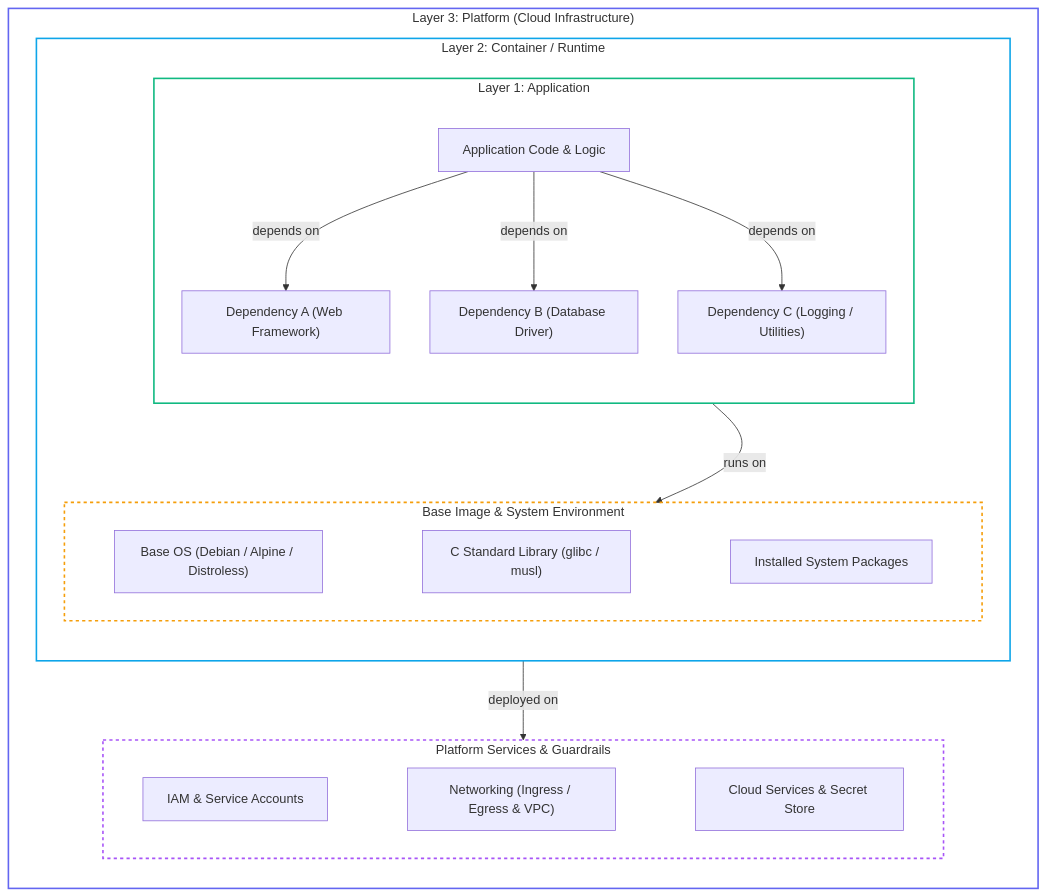
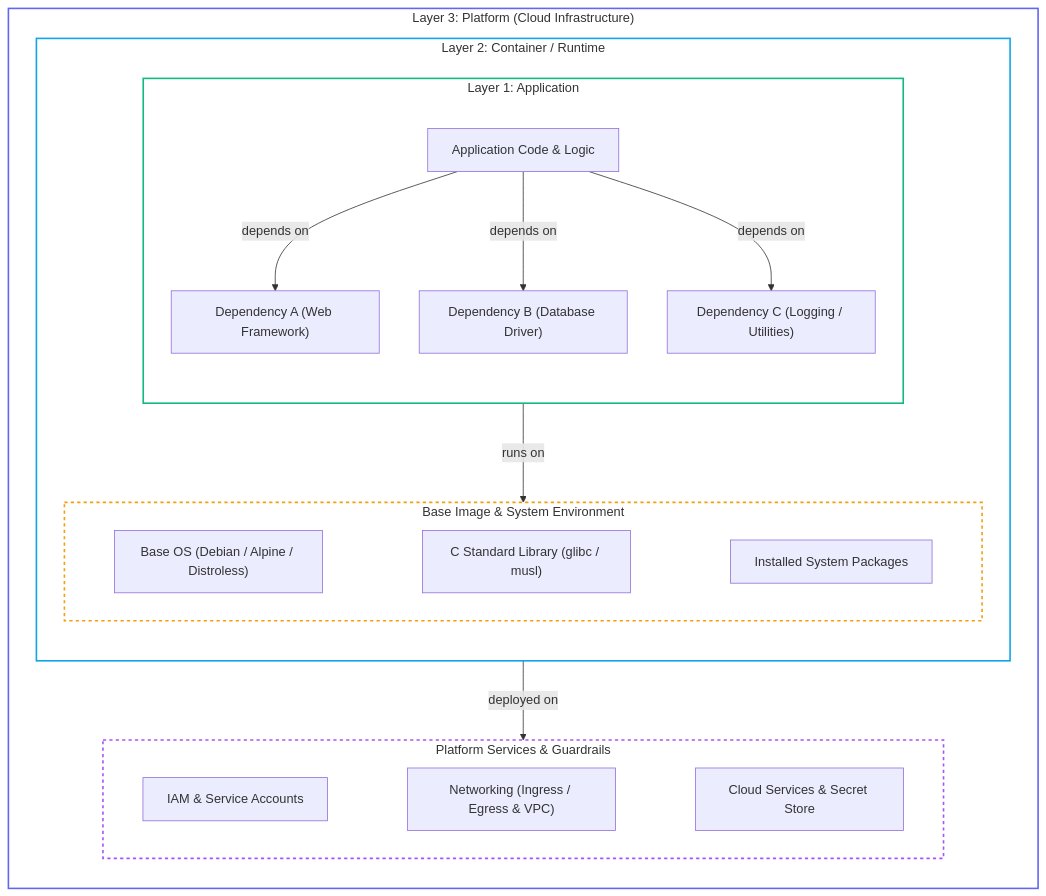
The diagram in README.md (fzl-22/devfest-cloud-sby-2026-container-security-on-cloud-run), drawn with Mermaid before and after one commit.

Commit message:
docs: fix mermaid

````diff
--- a/README.md
+++ b/README.md
@@ -205,48 +205,45 @@
 ```mermaid
 flowchart TB
     subgraph PLATFORM["Layer 3: Platform (Cloud Infrastructure)"]
         direction TB
 
         subgraph CONTAINER["Layer 2: Container / Runtime"]
             direction TB
 
             subgraph APP_LAYER["Layer 1: Application"]
                 direction TB
                 APP["Application Code & Logic"]
 
                 APP -->|"depends on"| DEPA["Dependency A (Web Framework)"]
                 APP -->|"depends on"| DEPB["Dependency B (Database Driver)"]
                 APP -->|"depends on"| DEPC["Dependency C (Logging / Utilities)"]
             end
 
             subgraph OS_ENV["Base Image & System Environment"]
                 direction LR
                 BASE["Base OS (Debian / Alpine / Distroless)"]
                 LIBC["C Standard Library (glibc / musl)"]
                 PKGS["Installed System Packages"]
                 BASE ~~~ LIBC ~~~ PKGS
             end
 
             APP_LAYER -->|"runs on"| OS_ENV
-            DEPA ~~~ BASE
-            DEPB ~~~ LIBC
-            DEPC ~~~ PKGS
         end
 
         subgraph P_CONTROLS["Platform Services & Guardrails"]
             direction LR
             IAM["IAM & Service Accounts"]
             NET["Networking (Ingress / Egress & VPC)"]
             SERVICES["Cloud Services & Secret Store"]
             IAM ~~~ NET ~~~ SERVICES
         end
 
         CONTAINER -->|"deployed on"| P_CONTROLS
     end
 
     style PLATFORM fill:none,stroke:#6366f1,stroke-width:2px
     style CONTAINER fill:none,stroke:#0ea5e9,stroke-width:2px
     style APP_LAYER fill:none,stroke:#10b981,stroke-width:2px
     style OS_ENV fill:none,stroke:#f59e0b,stroke-width:2px,stroke-dasharray: 4
     style P_CONTROLS fill:none,stroke:#a855f7,stroke-width:2px,stroke-dasharray: 4
 ```
````
